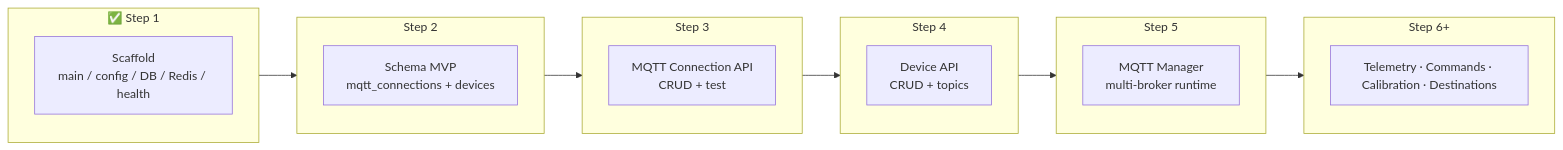
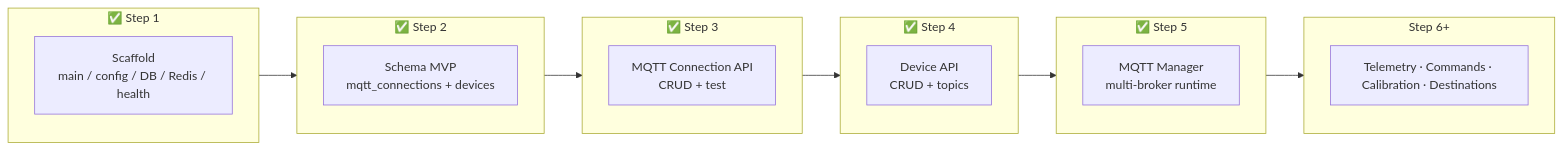
Before and after one commit to kukiat/atk-store: the diagram in documents/multi-device-load-cell-platform.md, drawn with Mermaid. The commit also changed other lines of this file and 18 other files, not shown here.

````diff
--- a/documents/multi-device-load-cell-platform.md
+++ b/documents/multi-device-load-cell-platform.md
@@ -1706,23 +1706,23 @@
 ```mermaid
 flowchart LR
     subgraph STEP1["✅ Step 1"]
         S1["Scaffold<br/>main / config / DB / Redis / health"]
     end
-    subgraph STEP2["Step 2"]
+    subgraph STEP2["✅ Step 2"]
         S2["Schema MVP<br/>mqtt_connections + devices"]
     end
-    subgraph STEP3["Step 3"]
+    subgraph STEP3["✅ Step 3"]
         S3["MQTT Connection API<br/>CRUD + test"]
     end
-    subgraph STEP4["Step 4"]
+    subgraph STEP4["✅ Step 4"]
         S4["Device API<br/>CRUD + topics"]
     end
-    subgraph STEP5["Step 5"]
+    subgraph STEP5["✅ Step 5"]
         S5["MQTT Manager<br/>multi-broker runtime"]
     end
     subgraph STEP6["Step 6+"]
         S6["Telemetry · Commands · Calibration · Destinations"]
     end
 
     STEP1 --> STEP2 --> STEP3 --> STEP4 --> STEP5 --> STEP6
 ```
````
